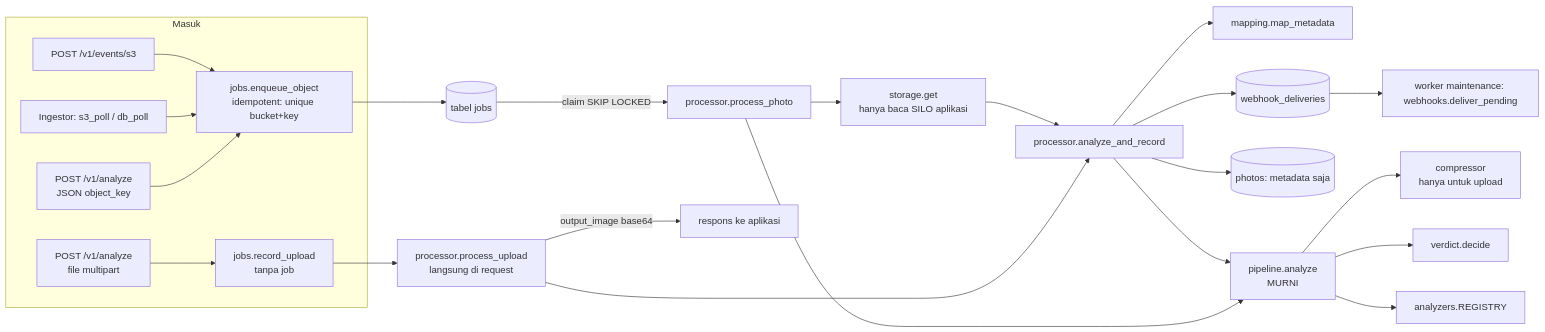
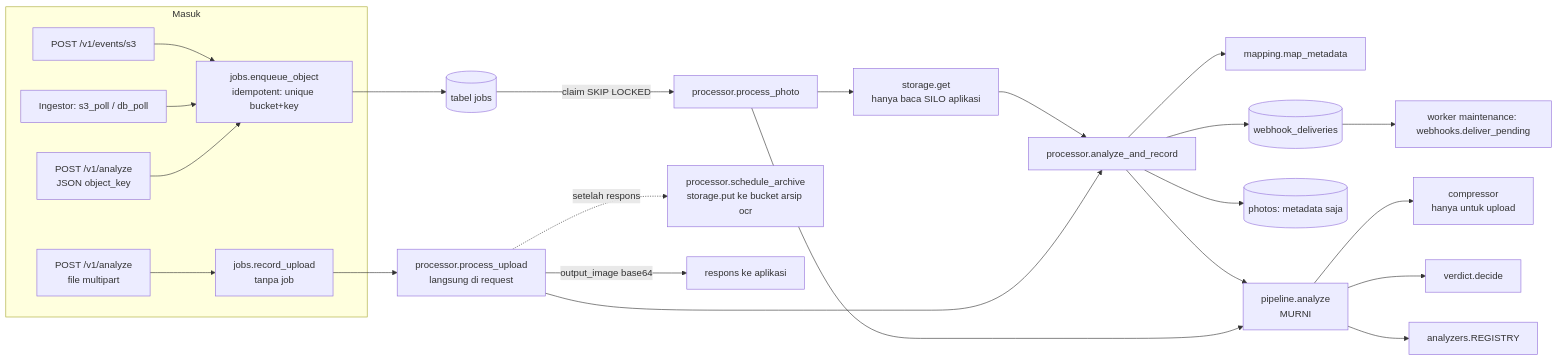
The diagram in docs/development.md (anas-fikri/ocr-engine), drawn with Mermaid before and after one commit. The commit also changed other lines of this file and 5 other files, not shown here.

First line of the commit message:
docs: engine archive bucket ocr (in progress)

````diff
--- a/docs/development.md
+++ b/docs/development.md
@@ -82,24 +82,25 @@
 ```mermaid
 flowchart LR
     subgraph Masuk
         EV[POST /v1/events/s3] --> ING
         POLL[Ingestor: s3_poll / db_poll] --> ING
         API[POST /v1/analyze<br/>JSON object_key] --> ING
         UP[POST /v1/analyze<br/>file multipart] --> REC[jobs.record_upload<br/>tanpa job]
     end
     ING[jobs.enqueue_object<br/>idempotent: unique bucket+key] --> Q[(tabel jobs)]
     Q -->|claim SKIP LOCKED| P[processor.process_photo]
     P --> S3R[storage.get<br/>hanya baca SILO aplikasi]
     S3R --> AR[processor.analyze_and_record]
     REC --> PU[processor.process_upload<br/>langsung di request] --> AR
+    PU -.->|setelah respons| ARC[processor.schedule_archive<br/>storage.put ke bucket arsip ocr]
     AR --> MAP[mapping.map_metadata]
     AR --> PIPE
     P --> PIPE[pipeline.analyze<br/>MURNI]
     PIPE --> AN[analyzers.REGISTRY]
     PIPE --> V[verdict.decide]
     PIPE --> C[compressor<br/>hanya untuk upload]
     PU -->|output_image base64| RESP[respons ke aplikasi]
     AR --> DB[(photos: metadata saja)]
     AR --> WH[(webhook_deliveries)]
     WH --> WK[worker maintenance: webhooks.deliver_pending]
 ```
````
